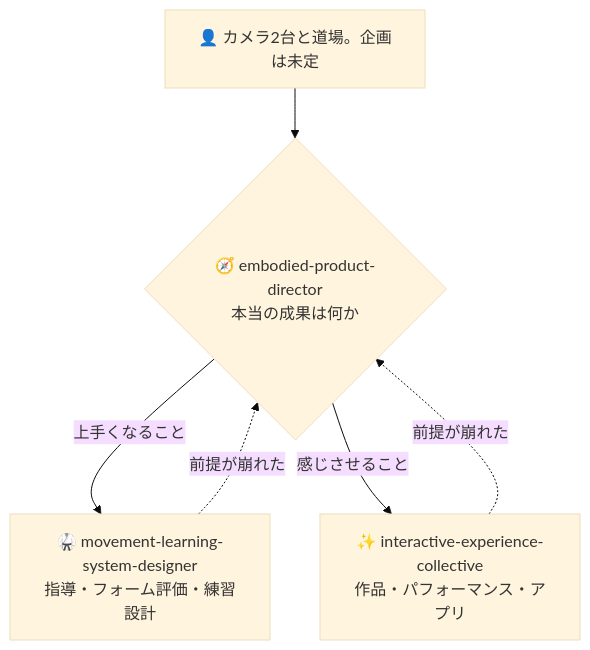
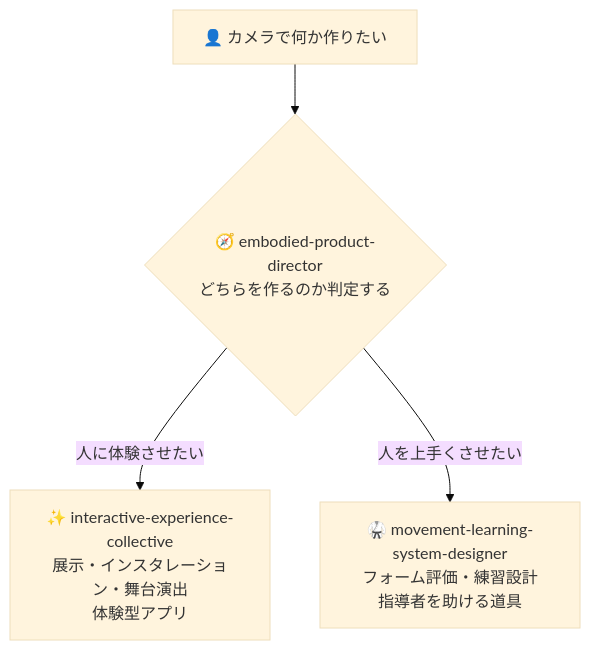
The diagram in README.ja.md (takaoumehara/interactive-experience-skills), drawn with Mermaid (base theme) before and after one commit. The commit also changed other lines of this file and 19 other files, not shown here.

````diff
--- a/README.ja.md
+++ b/README.ja.md
@@ -23,8 +39,6 @@
 ```mermaid
 flowchart TD
-    U["👤 カメラ2台と道場。企画は未定"] --> D{"🧭 embodied-product-director<br/>本当の成果は何か"}
-    D -->|"上手くなること"| L["🥋 movement-learning-system-designer<br/>指導・フォーム評価・練習設計"]
-    D -->|"感じさせること"| E["✨ interactive-experience-collective<br/>作品・パフォーマンス・アプリ"]
-    L -.->|"前提が崩れた"| D
-    E -.->|"前提が崩れた"| D
+    Q["👤 カメラで何か作りたい"] --> D{"🧭 embodied-product-director<br/>どちらを作るのか判定する"}
+    D -->|"人に体験させたい"| E["✨ interactive-experience-collective<br/>展示・インスタレーション・舞台演出<br/>体験型アプリ"]
+    D -->|"人を上手くさせたい"| L["🥋 movement-learning-system-designer<br/>フォーム評価・練習設計<br/>指導者を助ける道具"]
 ```
````
